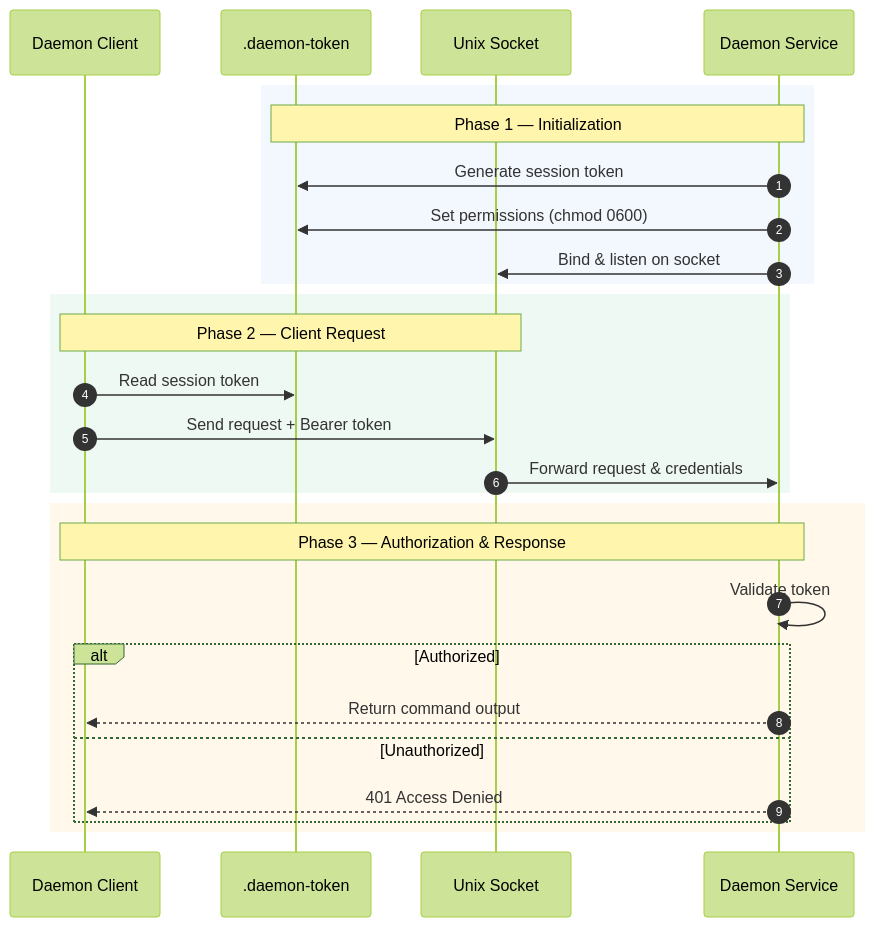
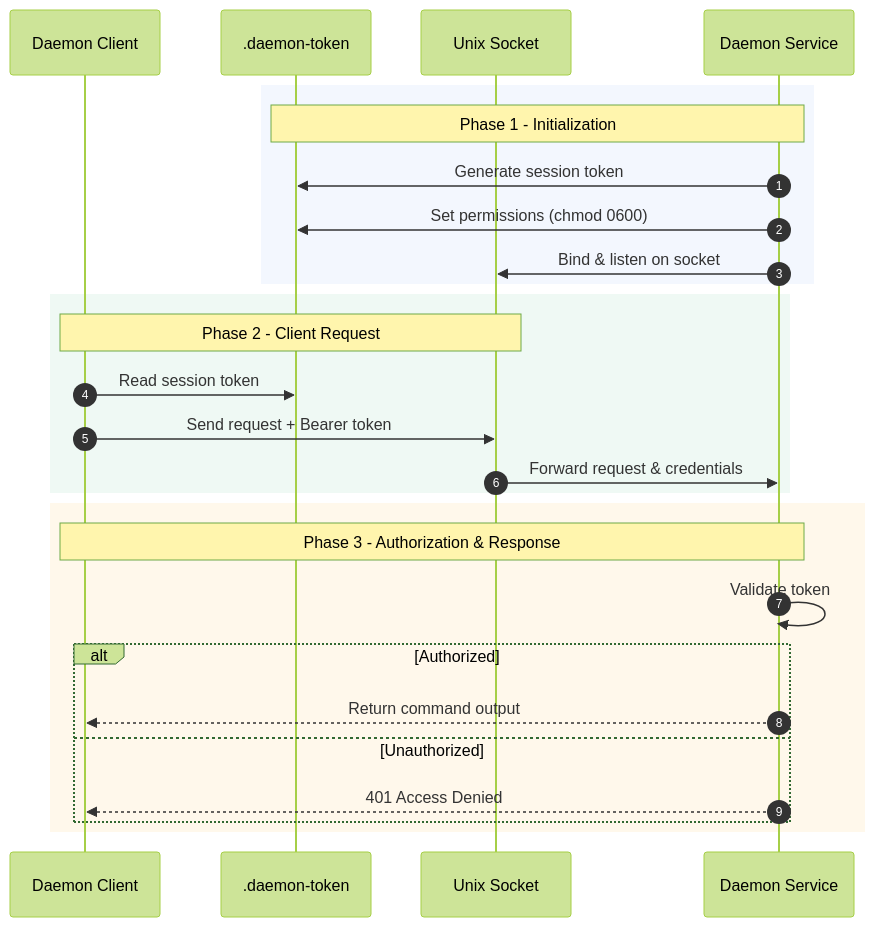
One commit to Rafacuy/desklumina changed the diagram in docs/11-daemon-mode.md. Above: the diagram before and after it, drawn with Mermaid (forest theme). The commit also changed 47 other files, not shown here.

````diff
--- a/docs/11-daemon-mode.md
+++ b/docs/11-daemon-mode.md
@@ -37,32 +37,32 @@
 ```mermaid
 sequenceDiagram
     autonumber
     participant C as Daemon Client
     participant F as .daemon-token
     participant S as Unix Socket
     participant D as Daemon Service
 
     rect rgba(100, 149, 237, 0.08)
-        Note over F,D: Phase 1 — Initialization
+        Note over F,D: Phase 1 - Initialization
         D->>F: Generate session token
         D->>F: Set permissions (chmod 0600)
         D->>S: Bind & listen on socket
     end
 
     rect rgba(60, 179, 113, 0.08)
-        Note over C,S: Phase 2 — Client Request
+        Note over C,S: Phase 2 - Client Request
         C->>F: Read session token
         C->>S: Send request + Bearer token
         S->>D: Forward request & credentials
     end
 
     rect rgba(255, 165, 0, 0.08)
-        Note over C,D: Phase 3 — Authorization & Response
+        Note over C,D: Phase 3 - Authorization & Response
         D->>D: Validate token
         alt Authorized
             D-->>C: Return command output
         else Unauthorized
             D-->>C: 401 Access Denied
         end
     end
 ```
````
